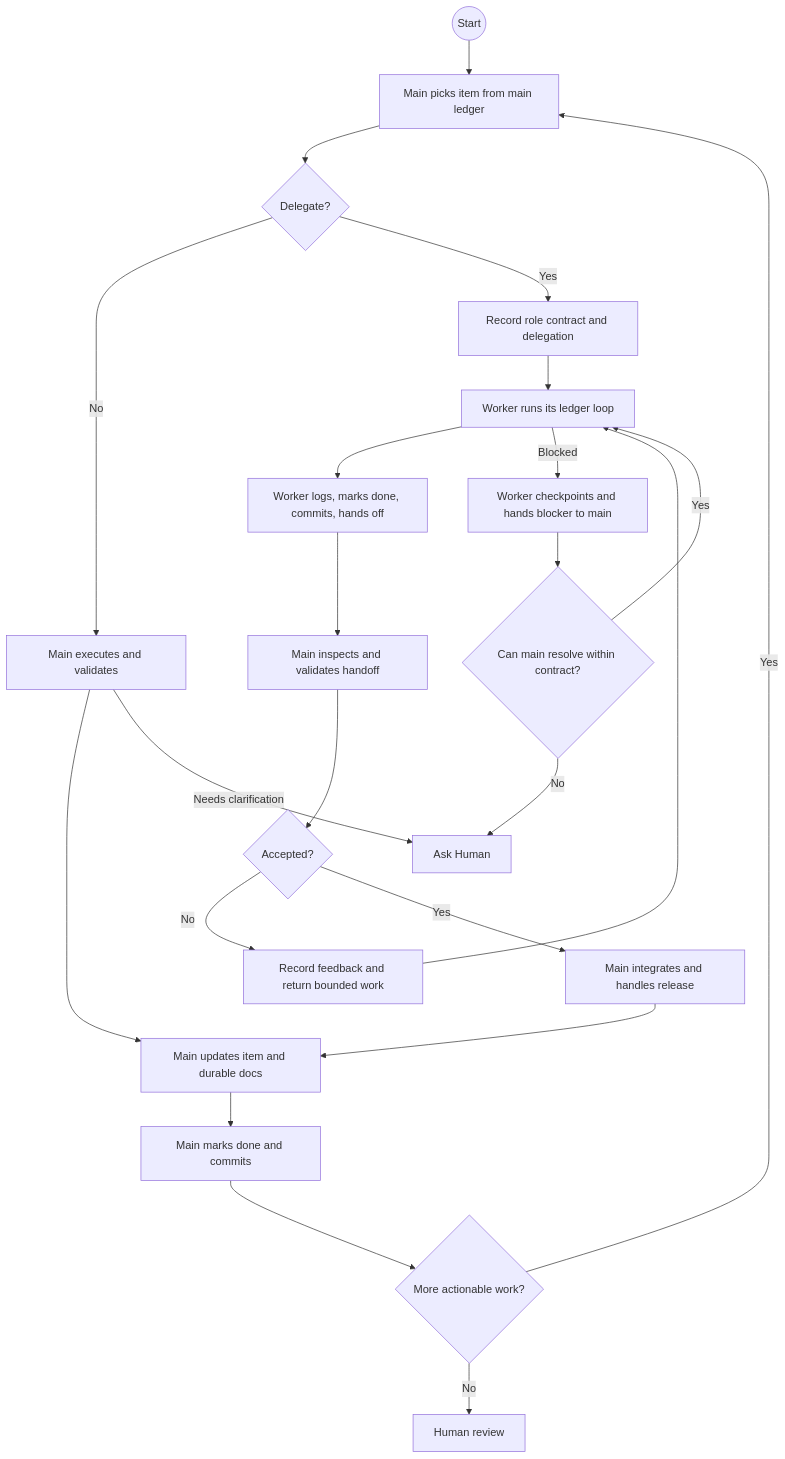
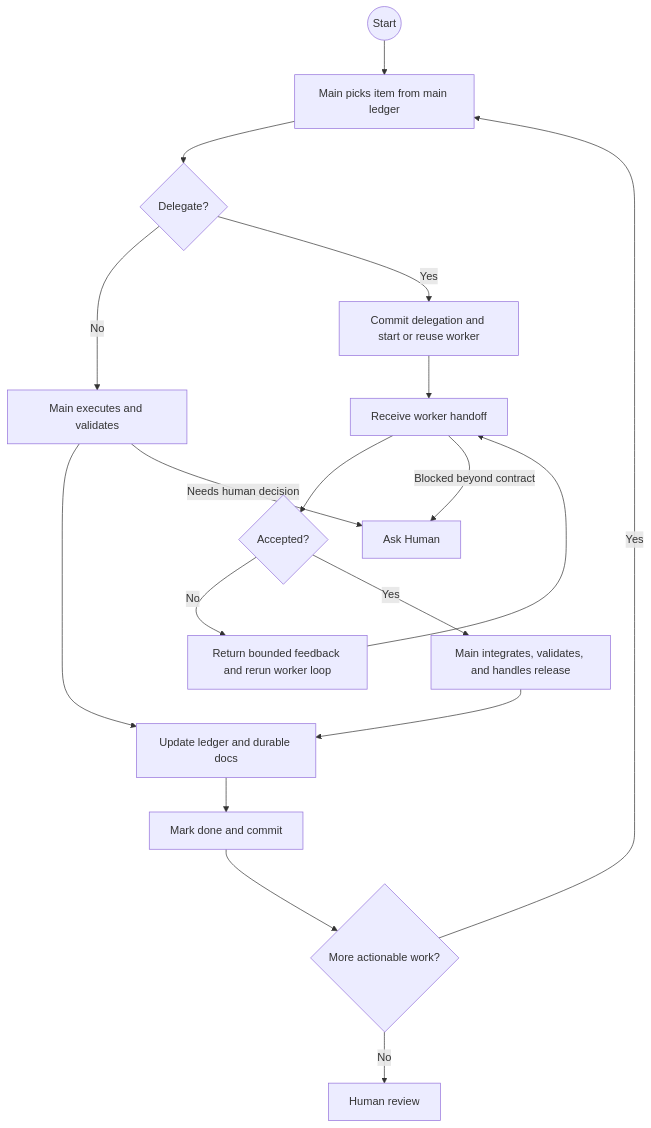
One commit to marcingurbisz/idea-execution-framework changed the first of 2 diagrams in AGENTS.md. Above: the diagram before and after it, drawn with Mermaid. The commit also changed other lines of this file and 2 other files, not shown here.

Commit message:
docs: simplify IEF agent workflows

````diff
--- a/AGENTS.md
+++ b/AGENTS.md
@@ -101,25 +105,20 @@
 ```mermaid
 flowchart TD
     A@{ shape: circle, label: "Start" } --> B[Main picks item from main ledger]
     B --> C{Delegate?}
     C -->|No| D[Main executes and validates]
-    C -->|Yes| E[Record role contract and delegation]
-    E --> F[Worker runs its ledger loop]
-    F --> G[Worker logs, marks done, commits, hands off]
-    G --> H[Main inspects and validates handoff]
-    H --> O{Accepted?}
-    O -->|No| P[Record feedback and return bounded work]
-    P --> F
-    O -->|Yes| Q[Main integrates and handles release]
-    D --> I[Main updates item and durable docs]
-    Q --> I
-    D -->|Needs clarification| J[Ask Human]
-    F -->|Blocked| N[Worker checkpoints and hands blocker to main]
-    N --> R{Can main resolve within contract?}
-    R -->|Yes| F
-    R -->|No| J
-    I --> K[Main marks done and commits]
-    K --> L{More actionable work?}
-    L -->|Yes| B
-    L -->|No| M[Human review]
+    C -->|Yes| E[Commit delegation and start or reuse worker]
+    E --> F[Receive worker handoff]
+    F --> G{Accepted?}
+    G -->|No| H[Return bounded feedback and rerun worker loop]
+    H --> F
+    G -->|Yes| I[Main integrates, validates, and handles release]
+    D --> J[Update ledger and durable docs]
+    I --> J
+    D -->|Needs human decision| K[Ask Human]
+    F -->|Blocked beyond contract| K
+    J --> L[Mark done and commit]
+    L --> M{More actionable work?}
+    M -->|Yes| B
+    M -->|No| N[Human review]
 ```
````
